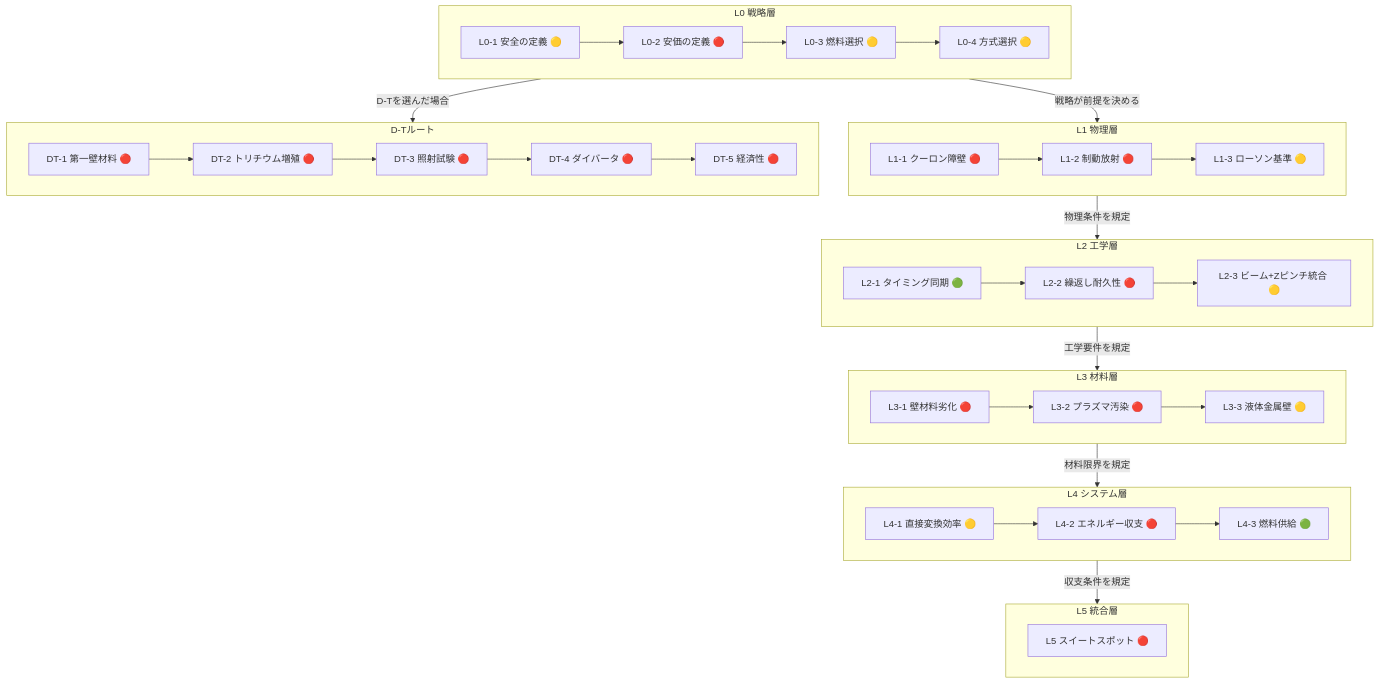
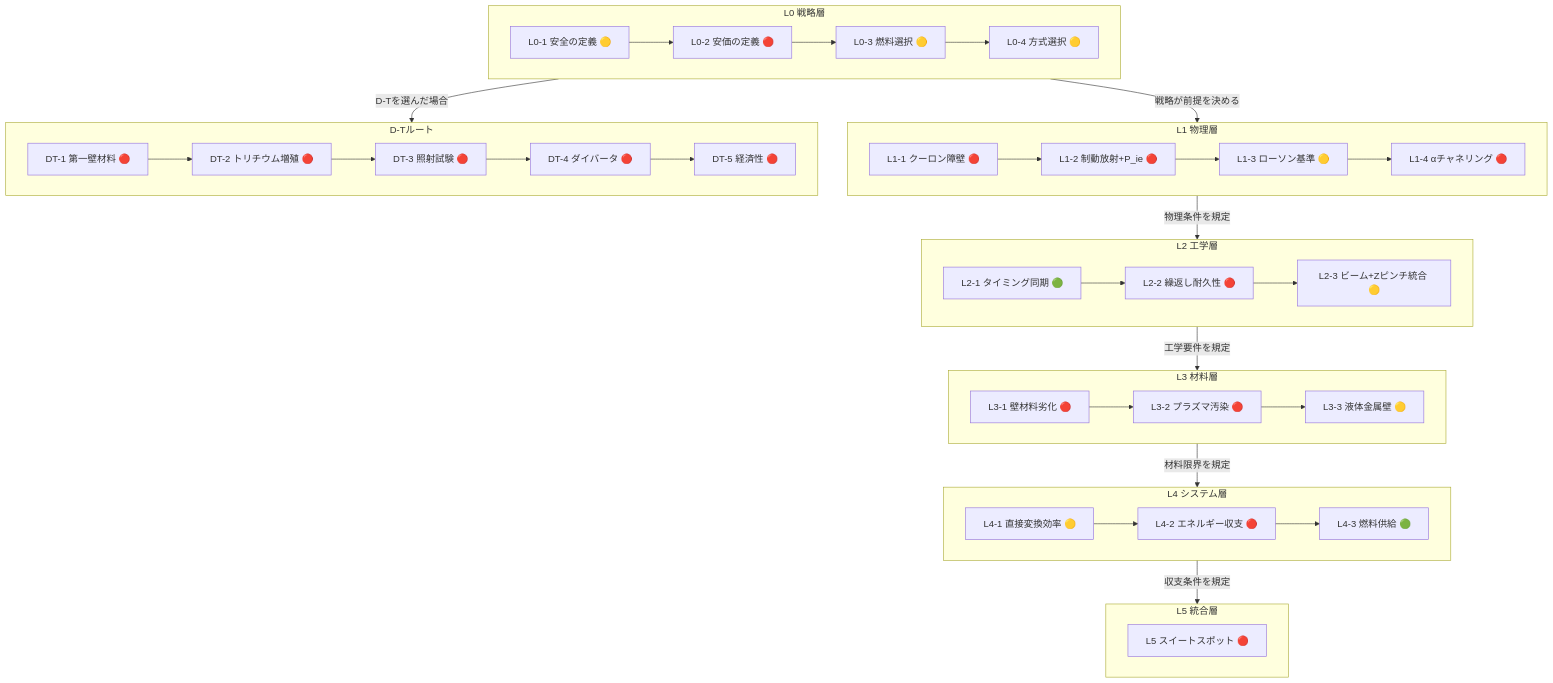
The third of 4 diagrams in yomons/overview.md (GoodRelax/pb11-fusion), drawn with Mermaid before and after one commit. The commit also changed other lines of this file and 1 other file, not shown here.

````diff
--- a/yomons/overview.md
+++ b/yomons/overview.md
@@ -889,44 +920,44 @@
 ```mermaid
 flowchart TD
     subgraph L0 ["L0 戦略層"]
         direction LR
         L0A["L0-1 安全の定義 🟡"] --> L0B["L0-2 安価の定義 🔴"] --> L0C["L0-3 燃料選択 🟡"] --> L0D["L0-4 方式選択 🟡"]
     end
 
     subgraph L1 ["L1 物理層"]
         direction LR
-        L1A["L1-1 クーロン障壁 🔴"] --> L1B["L1-2 制動放射 🔴"] --> L1C["L1-3 ローソン基準 🟡"]
+        L1A["L1-1 クーロン障壁 🔴"] --> L1B["L1-2 制動放射+P_ie 🔴"] --> L1C["L1-3 ローソン基準 🟡"] --> L1D["L1-4 αチャネリング 🔴"]
     end
 
     subgraph L2 ["L2 工学層"]
         direction LR
         L2A["L2-1 タイミング同期 🟢"] --> L2B["L2-2 繰返し耐久性 🔴"] --> L2C["L2-3 ビーム+Zピンチ統合 🟡"]
     end
 
     subgraph L3 ["L3 材料層"]
         direction LR
         L3A["L3-1 壁材料劣化 🔴"] --> L3B["L3-2 プラズマ汚染 🔴"] --> L3C["L3-3 液体金属壁 🟡"]
     end
 
     subgraph L4 ["L4 システム層"]
         direction LR
         L4A["L4-1 直接変換効率 🟡"] --> L4B["L4-2 エネルギー収支 🔴"] --> L4C["L4-3 燃料供給 🟢"]
     end
 
     subgraph L5 ["L5 統合層"]
         L5A["L5 スイートスポット 🔴"]
     end
 
     L0 -->|"戦略が前提を決める"| L1
     L1 -->|"物理条件を規定"| L2
     L2 -->|"工学要件を規定"| L3
     L3 -->|"材料限界を規定"| L4
     L4 -->|"収支条件を規定"| L5
 
     subgraph DT ["D-Tルート"]
         direction LR
         DT1["DT-1 第一壁材料 🔴"] --> DT2["DT-2 トリチウム増殖 🔴"] --> DT3["DT-3 照射試験 🔴"] --> DT4["DT-4 ダイバータ 🔴"] --> DT5["DT-5 経済性 🔴"]
     end
 
     L0 -->|"D-Tを選んだ場合"| DT
 ```
````
